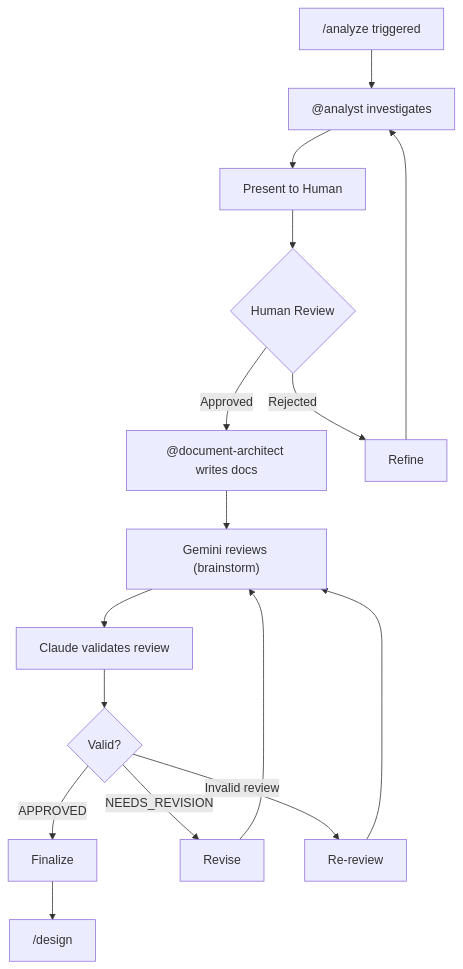
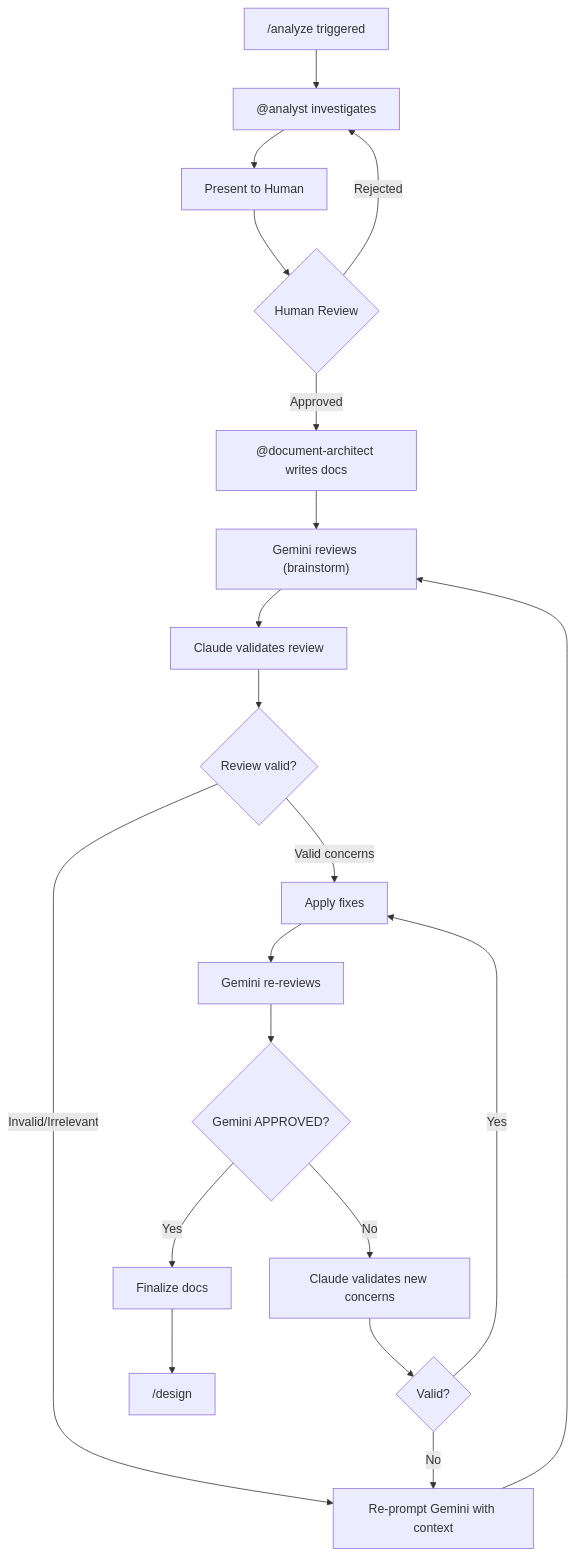
Before and after one commit to ksterx/claude-code-configs: the diagram in commands/analyze.md, drawn with Mermaid. The commit also changed other lines of this file and 7 other files, not shown here.

````diff
--- a/commands/analyze.md
+++ b/commands/analyze.md
@@ -5,18 +5,22 @@
 ```mermaid
 graph TD
     A["/analyze triggered"] --> B["@analyst investigates"]
     B --> C["Present to Human"]
     C --> D{Human Review}
+    D -->|Rejected| B
     D -->|Approved| E["@document-architect writes docs"]
-    D -->|Rejected| F["Refine"]
-    F --> B
-    E --> G["Gemini reviews (brainstorm)"]
-    G --> H["Claude validates review"]
-    H --> I{Valid?}
-    I -->|APPROVED| J["Finalize"]
-    I -->|NEEDS_REVISION| K["Revise"]
-    I -->|Invalid review| L["Re-review"]
-    K --> G
-    L --> G
-    J --> M["/design"]
+    E --> F["Gemini reviews (brainstorm)"]
+    F --> G["Claude validates review"]
+    G --> H{Review valid?}
+    H -->|Invalid/Irrelevant| I["Re-prompt Gemini with context"]
+    I --> F
+    H -->|Valid concerns| J["Apply fixes"]
+    J --> K["Gemini re-reviews"]
+    K --> L{Gemini APPROVED?}
+    L -->|No| M["Claude validates new concerns"]
+    M --> N{Valid?}
+    N -->|Yes| J
+    N -->|No| I
+    L -->|Yes| O["Finalize docs"]
+    O --> P["/design"]
 ```
````
